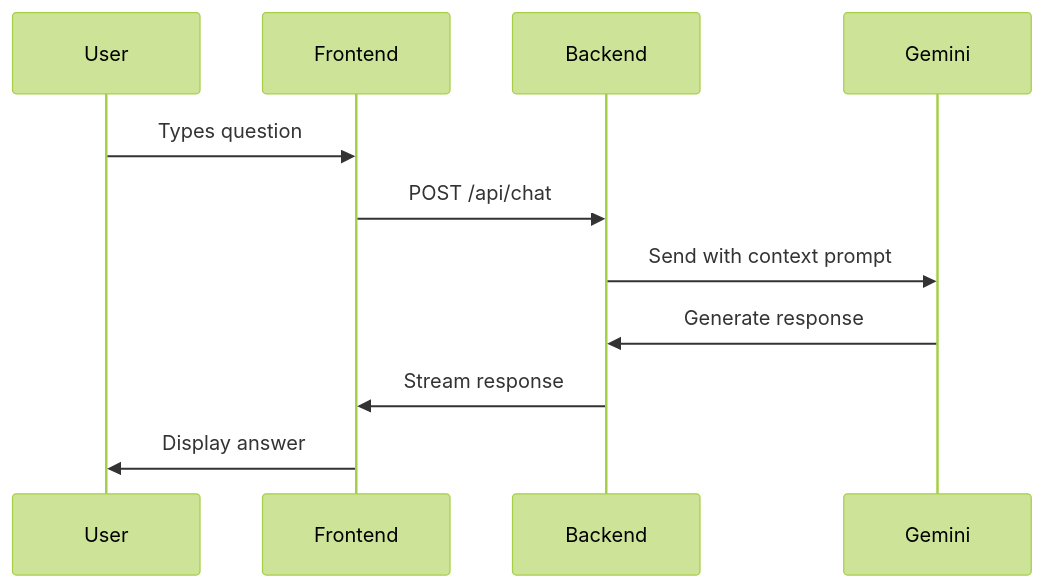
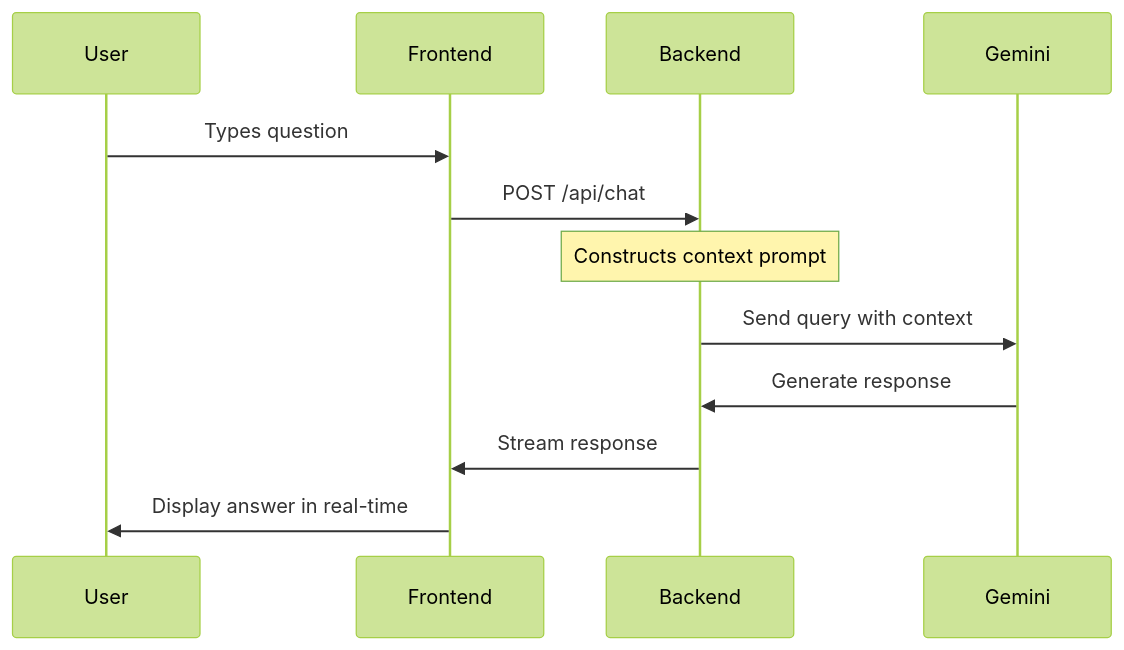
Before and after one commit to sarang-sketch/Electionedu: the second of 2 diagrams in README.md, drawn with Mermaid (forest theme). The commit also changed other lines of this file, not shown here.

````diff
--- a/README.md
+++ b/README.md
@@ -133,14 +126,15 @@
 ```mermaid
 sequenceDiagram
     participant User
     participant Frontend
     participant Backend
     participant Gemini
     
     User->>Frontend: Types question
     Frontend->>Backend: POST /api/chat
-    Backend->>Gemini: Send with context prompt
+    Note over Backend: Constructs context prompt
+    Backend->>Gemini: Send query with context
     Gemini->>Backend: Generate response
     Backend->>Frontend: Stream response
-    Frontend->>User: Display answer
+    Frontend->>User: Display answer in real-time
 ```
````
